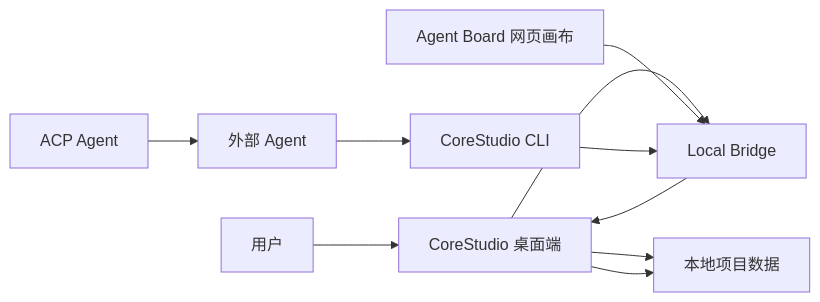
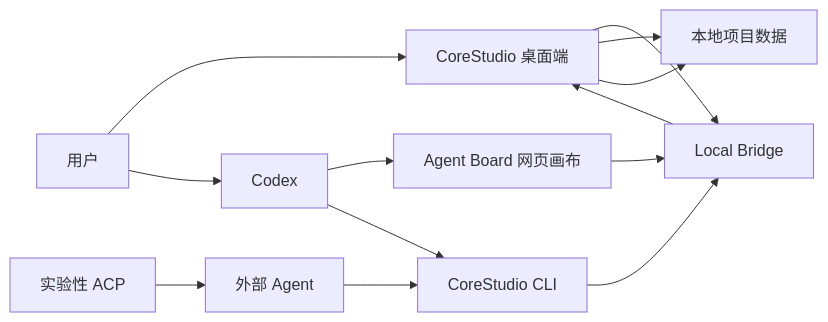
One commit to walnut-a/CoreStudio changed the first of 2 diagrams in excalidraw/apps/image-board-desktop/docs/agent-integration-architecture-and-principles.md. Above: the diagram before and after it, drawn with Mermaid. The commit also changed other lines of this file and 5 other files, not shown here.

Commit message:
docs: 统一 Codex 协作与 ACP 实验边界

````diff
--- a/excalidraw/apps/image-board-desktop/docs/agent-integration-architecture-and-principles.md
+++ b/excalidraw/apps/image-board-desktop/docs/agent-integration-architecture-and-principles.md
@@ -27,21 +27,25 @@
 ```mermaid
 flowchart LR
   User["用户"]
+  Codex["Codex"]
   Desktop["CoreStudio 桌面端"]
   Bridge["Local Bridge"]
   Project["本地项目数据"]
   Board["Agent Board 网页画布"]
   CLI["CoreStudio CLI"]
-  ACP["ACP Agent"]
+  ACP["实验性 ACP"]
   External["外部 Agent"]
 
   User --> Desktop
+  User --> Codex
   Desktop --> Bridge
   Desktop --> Project
   Board --> Bridge
+  Codex --> Board
+  Codex --> CLI
   CLI --> Bridge
   ACP --> External
   External --> CLI
   Bridge --> Desktop
   Desktop --> Project
 ```
````
